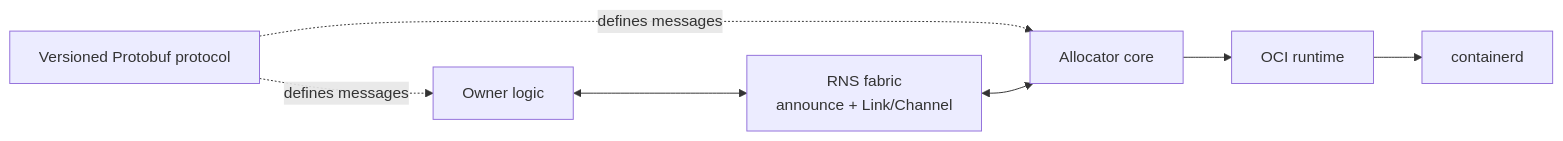
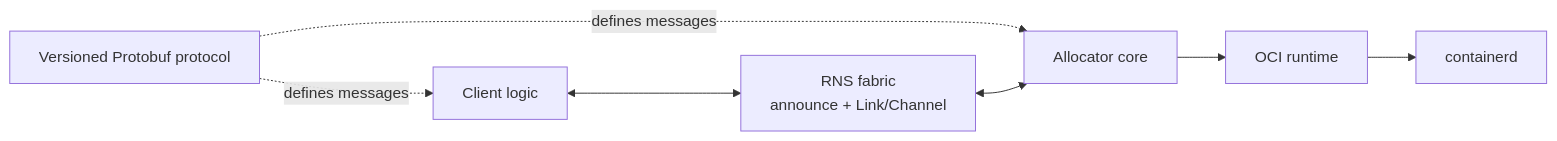
Before and after one commit to mytecor/r1s: the diagram in ARCHITECTURE.md, drawn with Mermaid. The commit also changed other lines of this file and 37 other files, not shown here.

````diff
--- a/ARCHITECTURE.md
+++ b/ARCHITECTURE.md
@@ -24,16 +24,16 @@
 ```mermaid
 flowchart LR
     Protocol[Versioned Protobuf protocol]
-    Owner[Owner logic]
+    Client[Client logic]
     Fabric[RNS fabric<br/>announce + Link/Channel]
     Allocator[Allocator core]
     Runtime[OCI runtime]
     Containerd[containerd]
 
-    Protocol -. defines messages .-> Owner
+    Protocol -. defines messages .-> Client
     Protocol -. defines messages .-> Allocator
-    Owner <--> Fabric
+    Client <--> Fabric
     Fabric <--> Allocator
     Allocator --> Runtime
     Runtime --> Containerd
 ```
````
